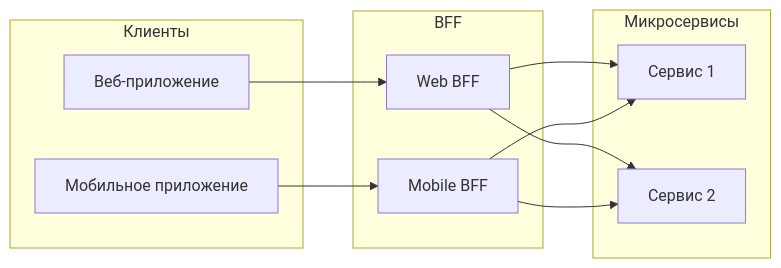
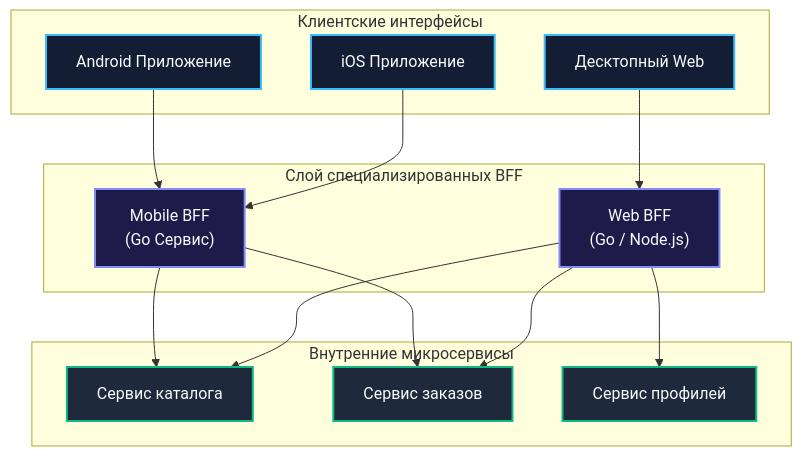
Before and after one commit to UnrealTemplier/go-textbook: the second of 2 diagrams in sources/11. Архитектура и System Design/35. API Gateway и BFF.md, drawn with Mermaid. The commit also changed other lines of this file, not shown here.

````diff
--- a/sources/11. Архитектура и System Design/35. API Gateway и BFF.md
+++ b/sources/11. Архитектура и System Design/35. API Gateway и BFF.md
@@ -45,24 +66,37 @@
 ```mermaid
-flowchart LR
-    subgraph Clients["Клиенты"]
-        Web["Веб-приложение"]
-        Mobile["Мобильное приложение"]
+flowchart TD
+    subgraph Clients["Клиентские интерфейсы"]
+        Web["Десктопный Web"]
+        iOS["iOS Приложение"]
+        Android["Android Приложение"]
     end
 
-    subgraph BFFs["BFF"]
-        WebBFF["Web BFF"]
-        MobileBFF["Mobile BFF"]
+    subgraph BFFs["Слой специализированных BFF"]
+        WebBFF["Web BFF<br>(Go / Node.js)"]
+        MobileBFF["Mobile BFF<br>(Go Сервис)"]
     end
 
-    subgraph Services["Микросервисы"]
-        Svc1["Сервис 1"]
-        Svc2["Сервис 2"]
+    subgraph Services["Внутренние микросервисы"]
+        Svc1["Сервис каталога"]
+        Svc2["Сервис заказов"]
+        Svc3["Сервис профилей"]
     end
 
     Web --> WebBFF
-    Mobile --> MobileBFF
+    iOS --> MobileBFF
+    Android --> MobileBFF
+
     WebBFF --> Svc1
     WebBFF --> Svc2
+    WebBFF --> Svc3
+
     MobileBFF --> Svc1
     MobileBFF --> Svc2
+
+    classDef cl fill:#131d33,stroke:#38bdf8,stroke-width:2px,color:#f8fafc;
+    classDef bff fill:#1e1b4b,stroke:#818cf8,stroke-width:2px,color:#f8fafc;
+    classDef srv fill:#1e293b,stroke:#10b981,stroke-width:2px,color:#f8fafc;
+    class Web,iOS,Android cl;
+    class WebBFF,MobileBFF bff;
+    class Svc1,Svc2,Svc3 srv;
 ```
````
